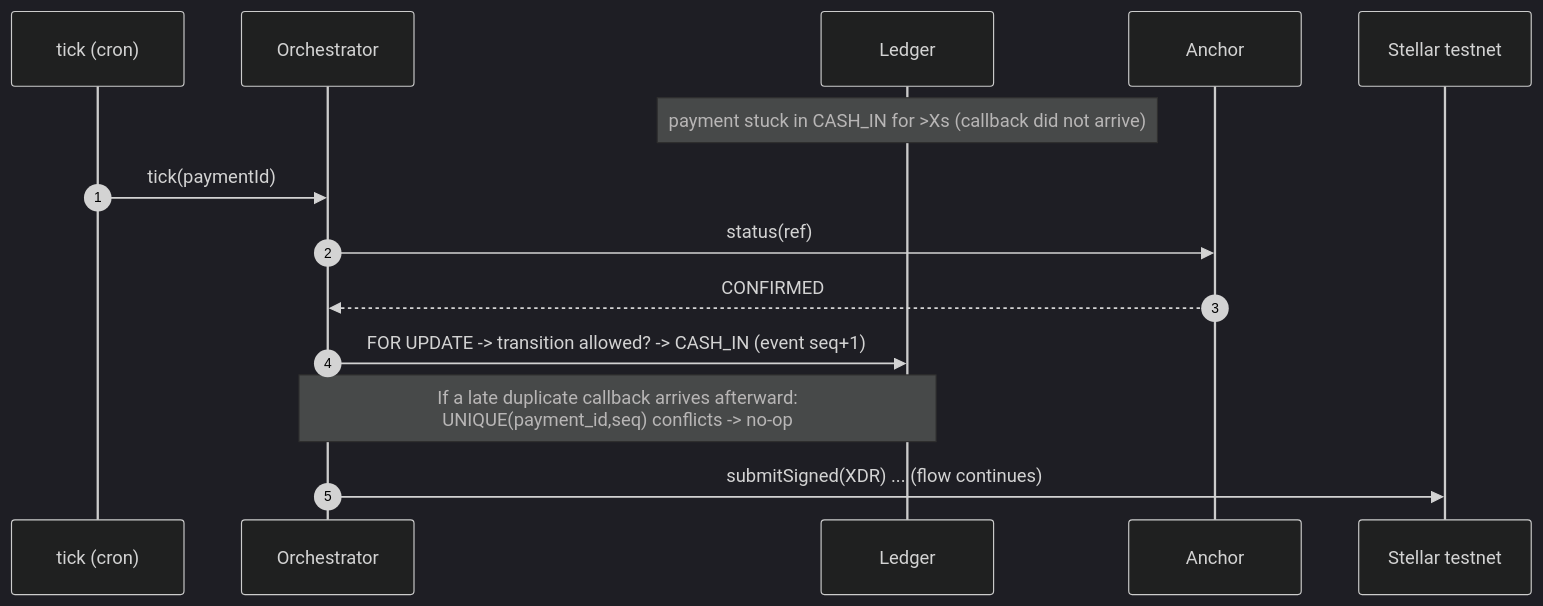
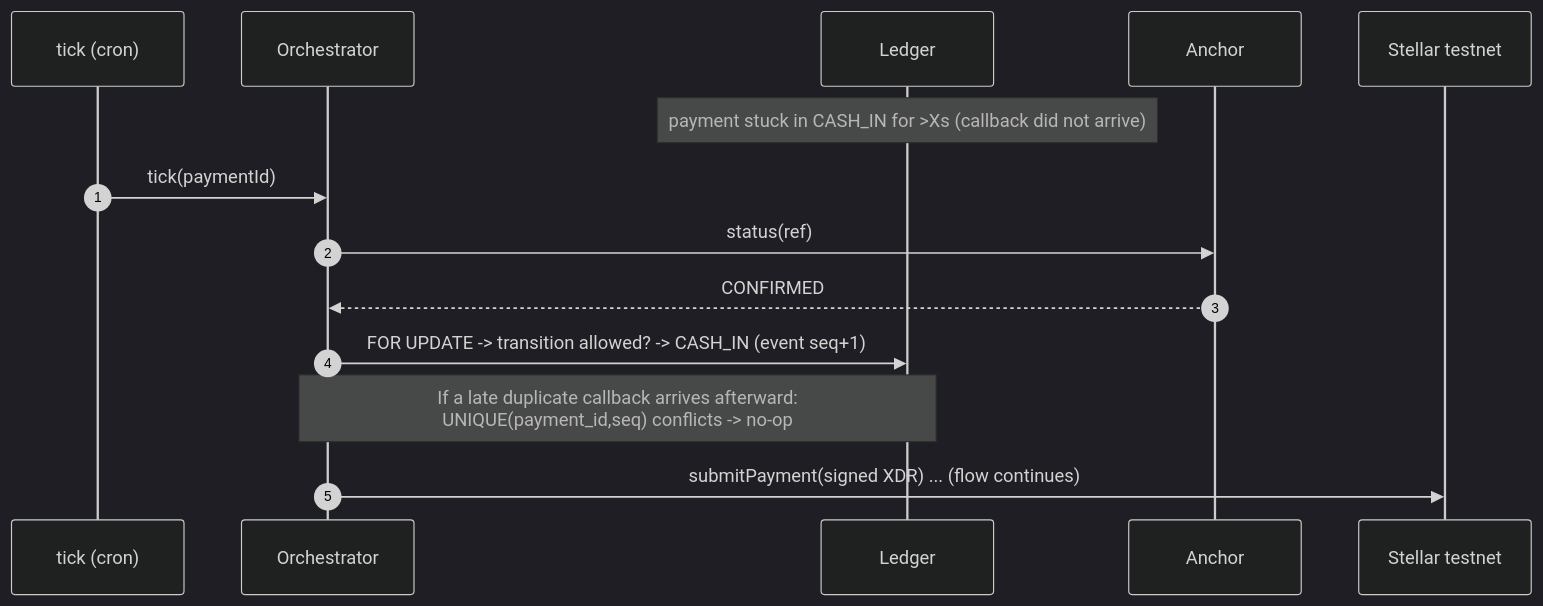
One commit to yigitcangokmen/corramoney changed the fourth of 5 diagrams in docs/flows.md. Above: the diagram before and after it, drawn with Mermaid (dark theme). The commit also changed other lines of this file and 9 other files, not shown here.

````diff
--- a/docs/flows.md
+++ b/docs/flows.md
@@ -87,17 +89,17 @@
 ```mermaid
 sequenceDiagram
     autonumber
     participant T as tick (cron)
     participant O as Orchestrator
     participant L as Ledger
     participant A as Anchor
     participant X as Stellar testnet
 
     Note over L: payment stuck in CASH_IN for >Xs (callback did not arrive)
     T->>O: tick(paymentId)
     O->>A: status(ref)
     A-->>O: CONFIRMED
     O->>L: FOR UPDATE -> transition allowed? -> CASH_IN (event seq+1)
     Note over O,L: If a late duplicate callback arrives afterward:<br/>UNIQUE(payment_id,seq) conflicts -> no-op
-    O->>X: submitSigned(XDR) ... (flow continues)
+    O->>X: submitPayment(signed XDR) ... (flow continues)
 ```
````
